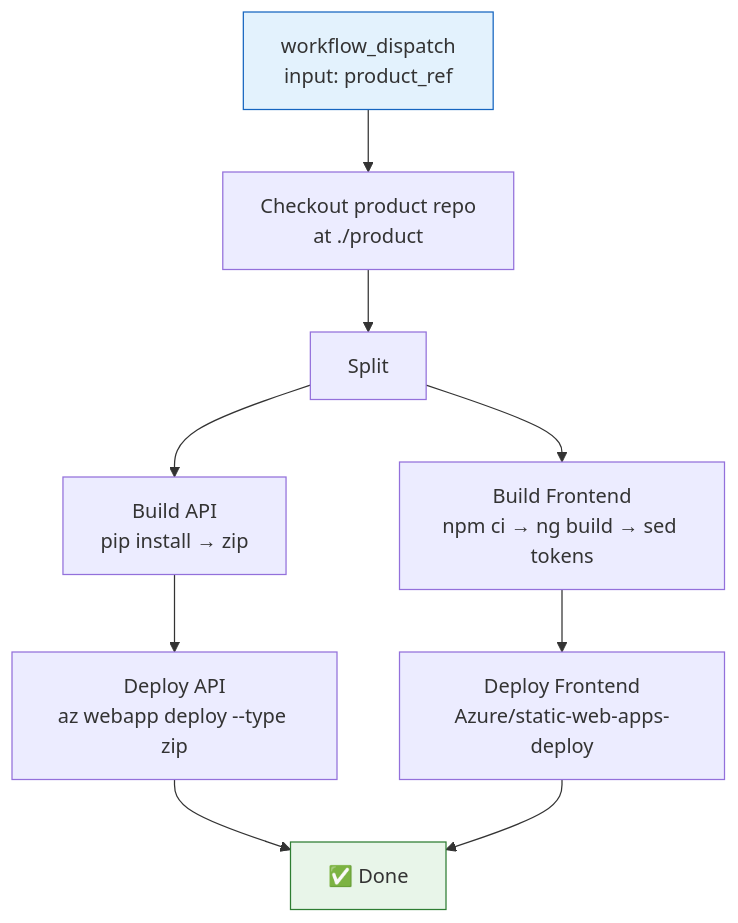
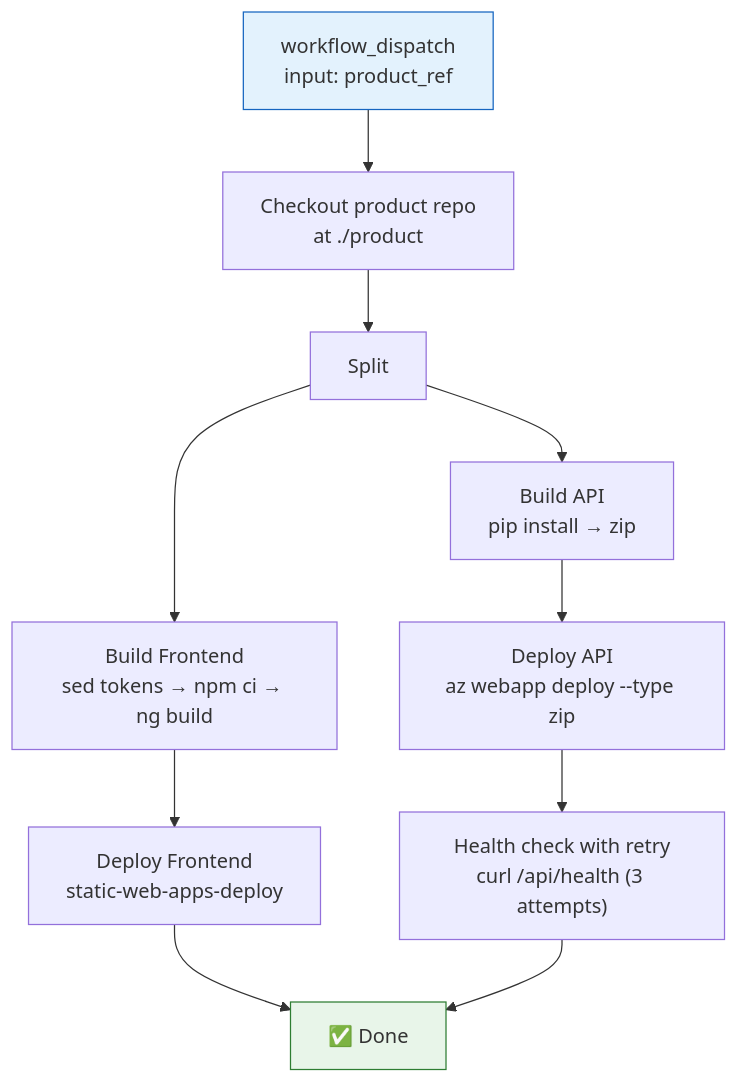
Before and after one commit to rett-europe/opentreasury: the second of 3 diagrams in docs/specs/deploy-template-spec.md, drawn with Mermaid. The commit also changed other lines of this file and 3 other files, not shown here.

````diff
--- a/docs/specs/deploy-template-spec.md
+++ b/docs/specs/deploy-template-spec.md
@@ -126,14 +215,15 @@
 ```mermaid
 flowchart TD
     Start["workflow_dispatch<br/>input: product_ref"] --> Checkout
     Checkout["Checkout product repo<br/>at ./product"] --> Split
     Split --> BuildAPI["Build API<br/>pip install → zip"]
-    Split --> BuildFE["Build Frontend<br/>npm ci → ng build → sed tokens"]
+    Split --> BuildFE["Build Frontend<br/>sed tokens → npm ci → ng build"]
     BuildAPI --> DeployAPI["Deploy API<br/>az webapp deploy --type zip"]
-    BuildFE --> DeploySWA["Deploy Frontend<br/>Azure/static-web-apps-deploy"]
-    DeployAPI --> Done["✅ Done"]
-    DeploySWA --> Done
+    BuildFE --> DeploySWA["Deploy Frontend<br/>static-web-apps-deploy"]
+    DeployAPI --> Health["Health check with retry<br/>curl /api/health (3 attempts)"]
+    DeploySWA --> Done["✅ Done"]
+    Health --> Done
 
     style Start fill:#e3f2fd,stroke:#1565c0
     style Done fill:#e8f5e9,stroke:#2e7d32
 ```
````
